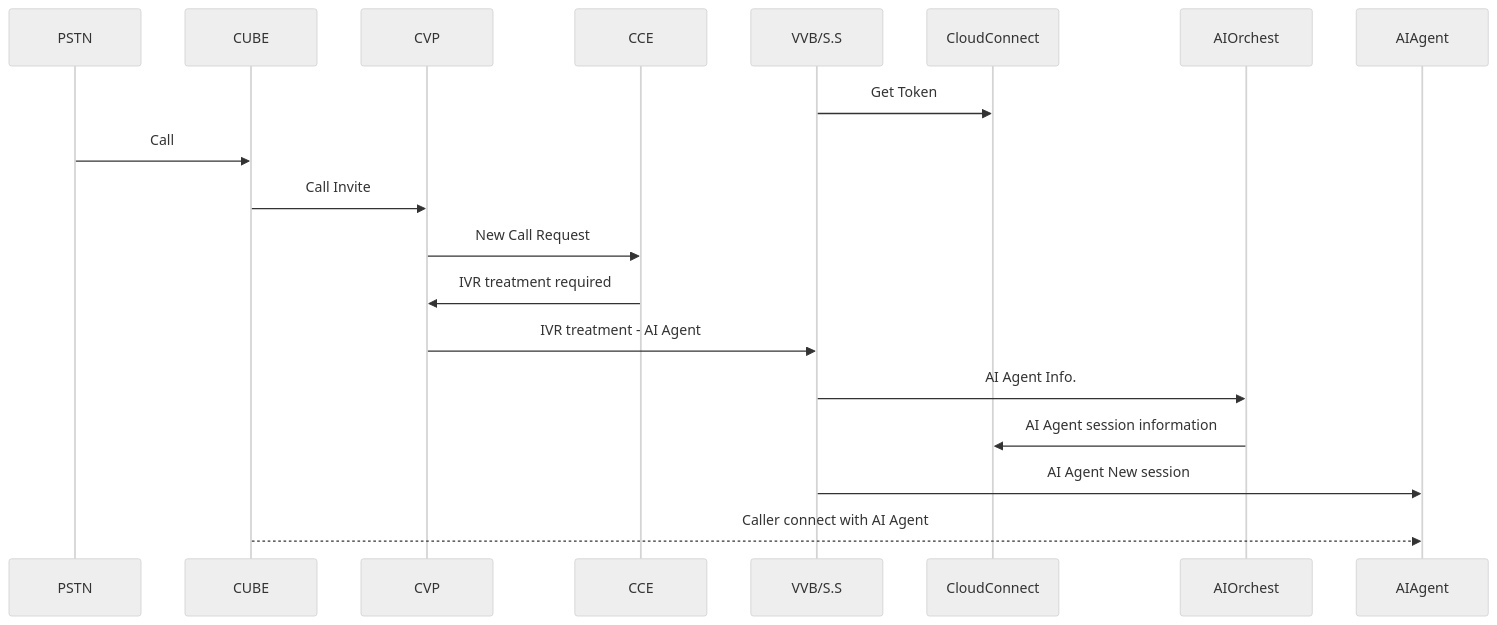
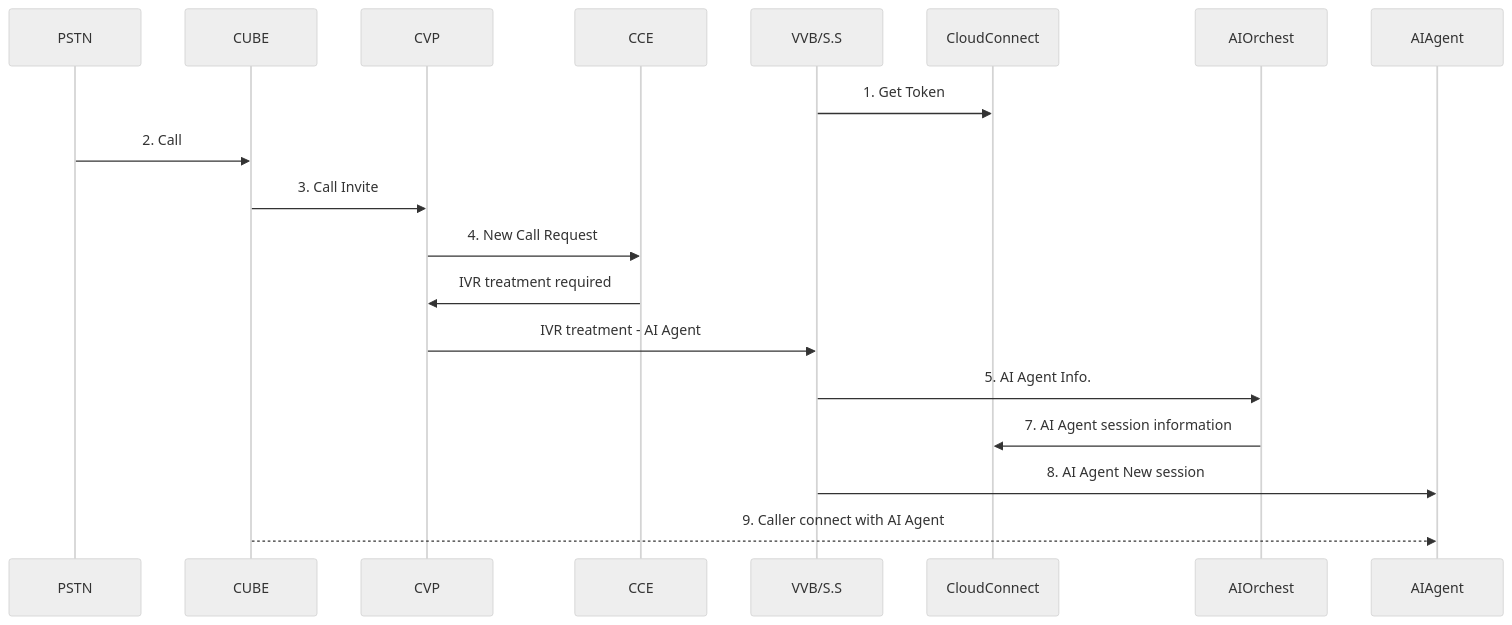
The diagram in docs/Getting_Started.md (WebexCC-SA/LAB-21051), drawn with Mermaid (neutral theme) before and after one commit. The commit also changed 1 other file, not shown here.

Commit message:
final fixes

````diff
--- a/docs/Getting_Started.md
+++ b/docs/Getting_Started.md
@@ -107,22 +107,22 @@
 ```mermaid
 sequenceDiagram
     participant PSTN
     participant CUBE
     participant CVP
     participant CCE
     participant VVB/S.S
     participant CloudConnect
     participant AIOrchest
     participant AIAgent
 
-    VVB/S.S->>CloudConnect: Get Token
-    PSTN->>CUBE: Call
-    CUBE->>CVP: Call Invite
-    CVP->>CCE: New Call Request
+    VVB/S.S->>CloudConnect: 1. Get Token
+    PSTN->>CUBE: 2. Call
+    CUBE->>CVP: 3. Call Invite
+    CVP->>CCE: 4. New Call Request
     CCE->>CVP: IVR treatment required
     CVP->>VVB/S.S: IVR treatment - AI Agent
-    VVB/S.S->>AIOrchest: AI Agent Info.
-    AIOrchest->>CloudConnect: AI Agent session information
-    VVB/S.S->>AIAgent: AI Agent New session
-    CUBE-->>AIAgent: Caller connect with AI Agent
+    VVB/S.S->>AIOrchest: 5. AI Agent Info.
+    AIOrchest->>CloudConnect: 7. AI Agent session information
+    VVB/S.S->>AIAgent: 8. AI Agent New session
+    CUBE-->>AIAgent: 9. Caller connect with AI Agent
 ```
````
